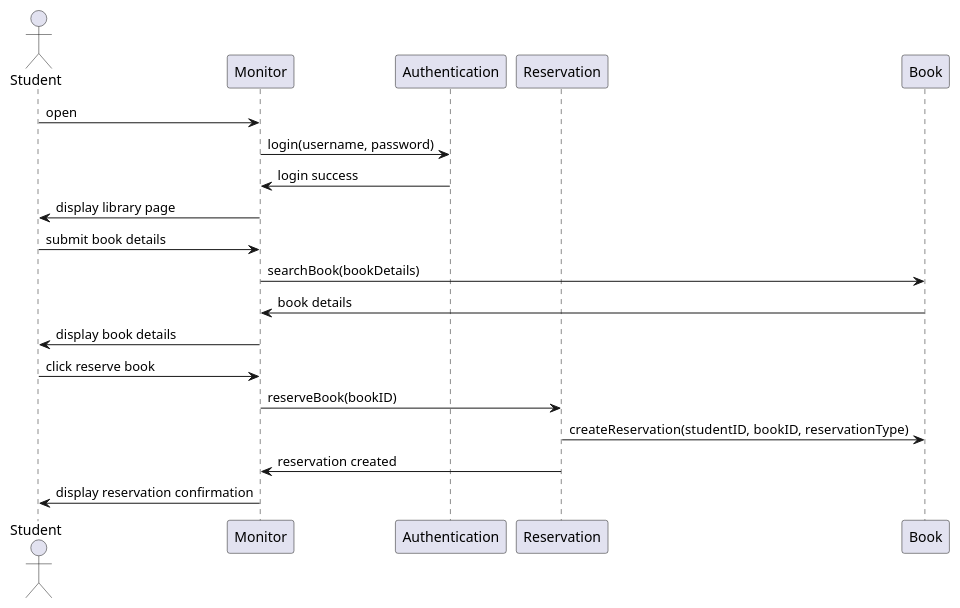
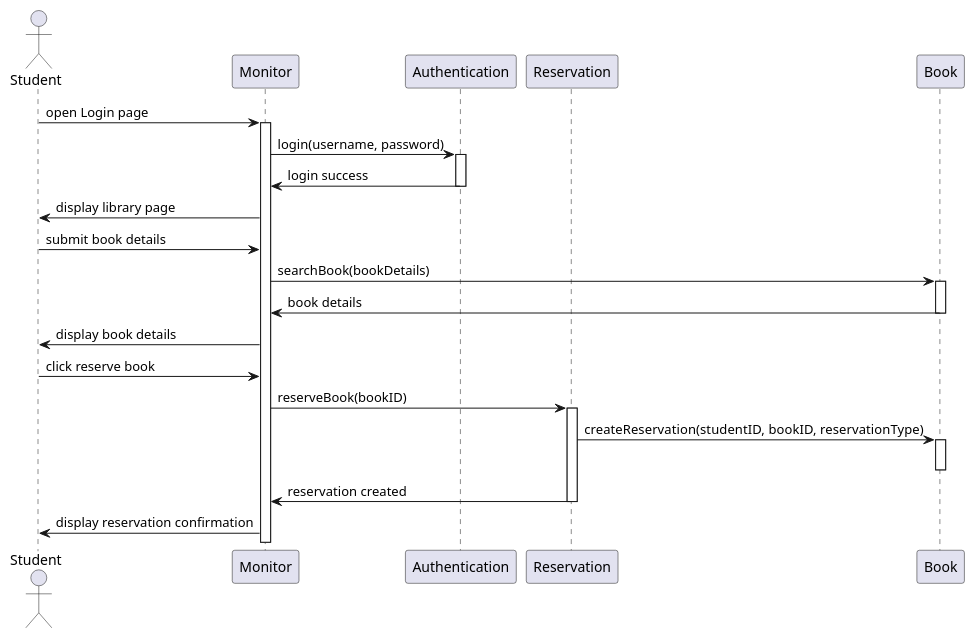
Before and after one commit to zuzu2307/Final_UML: the diagram in src/bookReservation.puml, drawn with PlantUML. The commit also changed 13 other files, not shown here.

```diff
--- a/src/bookReservation.puml
+++ b/src/bookReservation.puml
@@ -1,23 +1,32 @@
 @startuml
 actor Student
 participant Monitor
 participant Authentication
 participant Reservation
 participant Book
 
-Student -> Monitor: open
+Student -> Monitor: open Login page
+activate Monitor
 Monitor -> Authentication: login(username, password)
+activate Authentication
 Authentication -> Monitor: login success
+deactivate Authentication
 Monitor -> Student: display library page
 
 Student -> Monitor: submit book details
 Monitor -> Book: searchBook(bookDetails)
+activate Book
 Book -> Monitor: book details
+deactivate Book
 Monitor -> Student: display book details
 
 Student -> Monitor: click reserve book
 Monitor -> Reservation: reserveBook(bookID)
+activate Reservation
 Reservation -> Book: createReservation(studentID, bookID,  reservationType)
+activate Book
+deactivate Book
 Reservation -> Monitor: reservation created
+deactivate Reservation
 Monitor -> Student: display reservation confirmation
 @enduml
```
